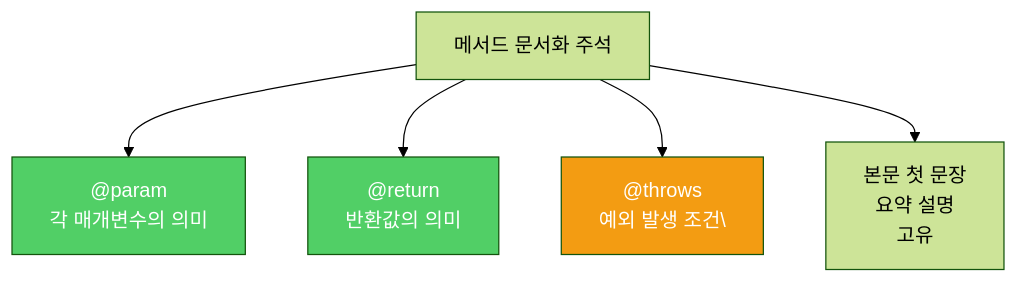
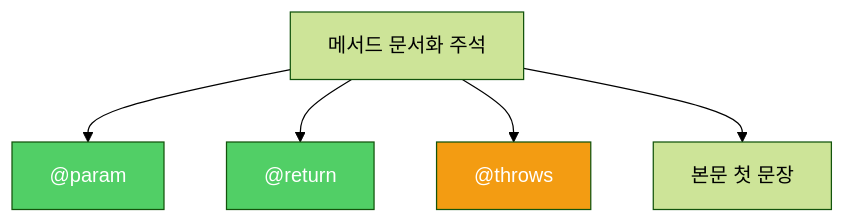
Before and after one commit to yjkim2015/yjkim2015.github.io: the first of 2 diagrams in _posts/java/2022-02-08-effective-java56.md, drawn with Mermaid (forest theme). The commit also changed other lines of this file and 217 other files, not shown here.

First line of the commit message:
Mermaid 크기 수정: useMaxWidth:true + SVG max-width:100% + 라벨 축소

````diff
--- a/_posts/java/2022-02-08-effective-java56.md
+++ b/_posts/java/2022-02-08-effective-java56.md
@@ -47,10 +47,10 @@
 ```mermaid
 graph TD
-    A["메서드 문서화 주석"] --> B["@param\n각 매개변수의 의미"]
-    A --> C["@return\n반환값의 의미\n"]
-    A --> D["@throws\n예외 발생 조건\"]
-    A --> E["본문 첫 문장\n요약 설명\n고유"]
+    A["메서드 문서화 주석"] --> B["@param"]
+    A --> C["@return"]
+    A --> D["@throws"]
+    A --> E["본문 첫 문장"]
     style B fill:#51cf66,color:#fff
     style C fill:#51cf66,color:#fff
     style D fill:#f39c12,color:#fff
 ```
````
